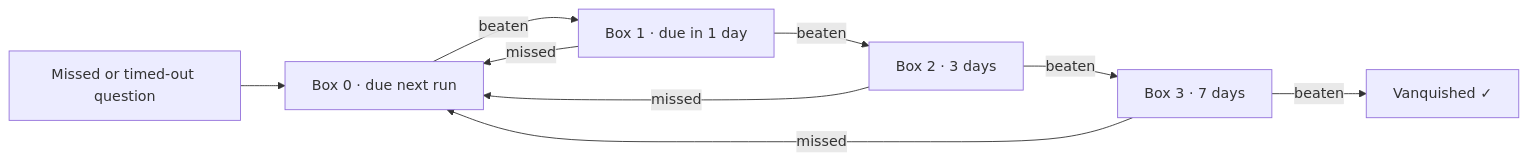
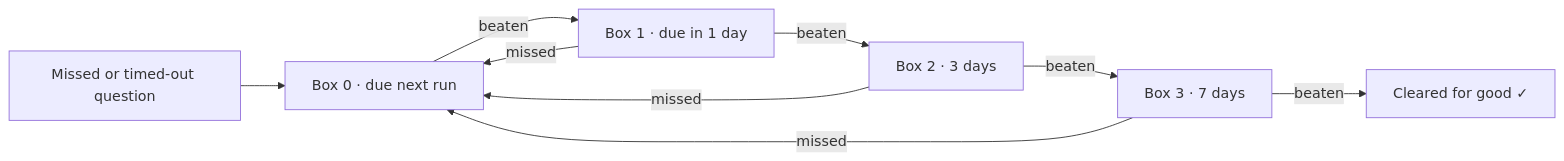
The fourth of 4 diagrams in docs/FLOWMAP.md (Arghyajit23-hub/Space-Maths-Game), drawn with Mermaid before and after one commit. The commit also changed other lines of this file and 15 other files, not shown here.

````diff
--- a/docs/FLOWMAP.md
+++ b/docs/FLOWMAP.md
@@ -222,11 +272,11 @@
 ```mermaid
 flowchart LR
     M[Missed or timed-out question] --> B0[Box 0 · due next run]
     B0 -- beaten --> B1[Box 1 · due in 1 day]
     B1 -- beaten --> B2[Box 2 · 3 days]
     B2 -- beaten --> B3[Box 3 · 7 days]
-    B3 -- beaten --> X[Vanquished ✓]
+    B3 -- beaten --> X[Cleared for good ✓]
     B1 -- missed --> B0
     B2 -- missed --> B0
     B3 -- missed --> B0
 ```
````
